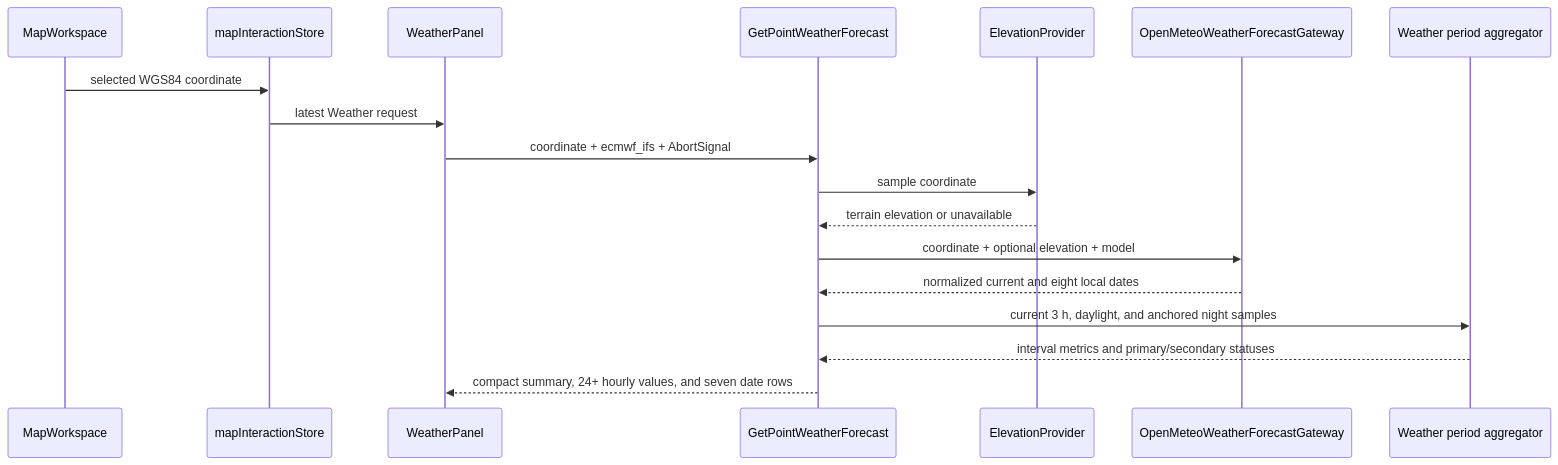
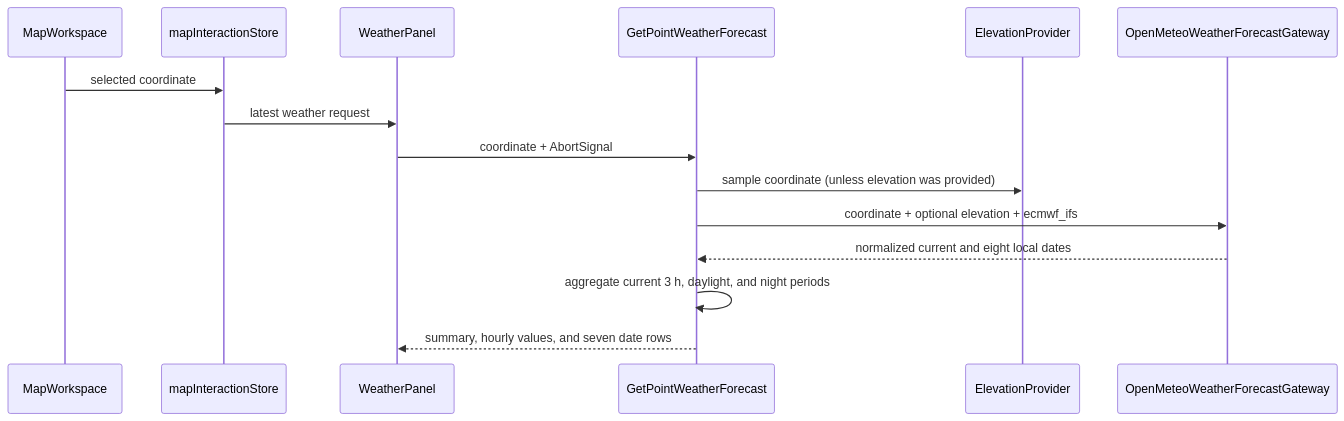
One commit to bogdandm/georgia-routing-planner changed the sixth of 8 diagrams in docs/runtime-flows.md. Above: the diagram before and after it, drawn with Mermaid. The commit also changed other lines of this file and 7 other files, not shown here.

````diff
--- a/docs/runtime-flows.md
+++ b/docs/runtime-flows.md
@@ -777,21 +323,18 @@
 ```mermaid
 sequenceDiagram
   participant Map as MapWorkspace
   participant Command as mapInteractionStore
   participant Panel as WeatherPanel
   participant UseCase as GetPointWeatherForecast
   participant DEM as ElevationProvider
   participant Gateway as OpenMeteoWeatherForecastGateway
-  participant Period as Weather period aggregator
 
-  Map->>Command: selected WGS84 coordinate
-  Command->>Panel: latest Weather request
-  Panel->>UseCase: coordinate + ecmwf_ifs + AbortSignal
-  UseCase->>DEM: sample coordinate
-  DEM-->>UseCase: terrain elevation or unavailable
-  UseCase->>Gateway: coordinate + optional elevation + model
+  Map->>Command: selected coordinate
+  Command->>Panel: latest weather request
+  Panel->>UseCase: coordinate + AbortSignal
+  UseCase->>DEM: sample coordinate (unless elevation was provided)
+  UseCase->>Gateway: coordinate + optional elevation + ecmwf_ifs
   Gateway-->>UseCase: normalized current and eight local dates
-  UseCase->>Period: current 3 h, daylight, and anchored night samples
-  Period-->>UseCase: interval metrics and primary/secondary statuses
-  UseCase-->>Panel: compact summary, 24+ hourly values, and seven date rows
+  UseCase->>UseCase: aggregate current 3 h, daylight, and night periods
+  UseCase-->>Panel: summary, hourly values, and seven date rows
 ```
````
